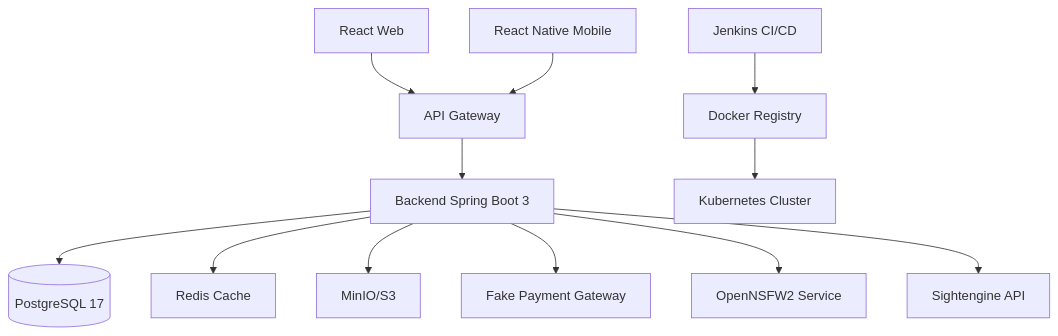
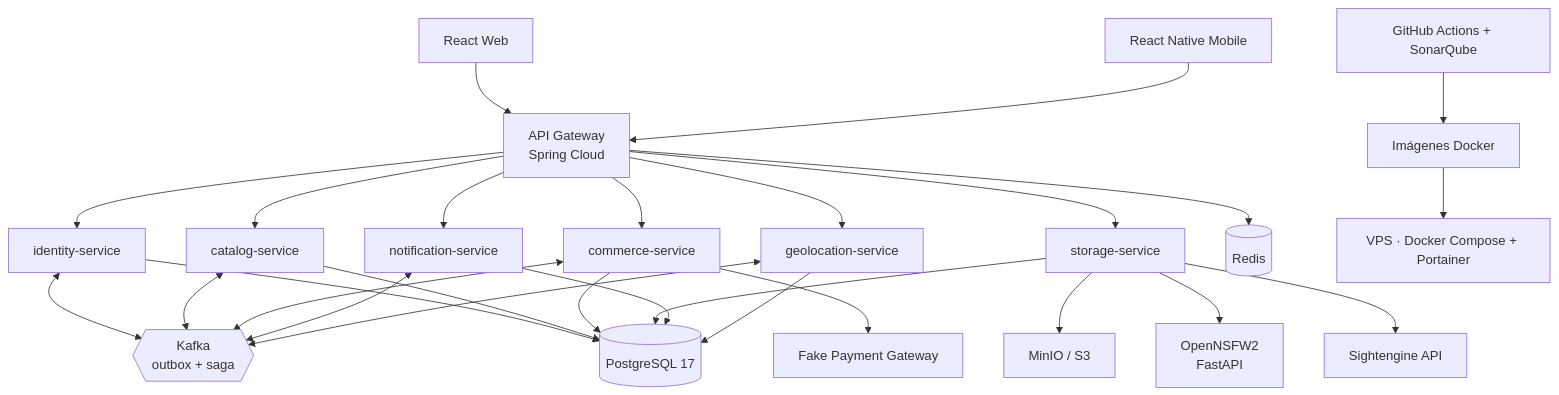
Before and after one commit to lozano2303/lozano2303: the diagram in README.md, drawn with Mermaid. The commit also changed other lines of this file and 1 other file, not shown here.

````diff
--- a/README.md
+++ b/README.md
@@ -147,14 +205,20 @@
 ```mermaid
 graph TB
-    A[React Web] --> D[API Gateway]
-    B[React Native Mobile] --> D
-    D --> E[Backend Spring Boot 3]
-    E --> F[(PostgreSQL 17)]
-    E --> G[Redis Cache]
-    E --> H[MinIO/S3]
-    E --> I[Fake Payment Gateway]
-    E --> J[OpenNSFW2 Service]
-    E --> K[Sightengine API]
-    L[Jenkins CI/CD] --> M[Docker Registry]
-    M --> N[Kubernetes Cluster]
+    A[React Web] --> GW[API Gateway<br/>Spring Cloud]
+    B[React Native Mobile] --> GW
+    GW --> ID[identity-service]
+    GW --> CAT[catalog-service]
+    GW --> COM[commerce-service]
+    GW --> ST[storage-service]
+    GW --> NO[notification-service]
+    GW --> GEO[geolocation-service]
+    ID & CAT & COM & NO & GEO <--> K{{Kafka<br/>outbox + saga}}
+    ID & CAT & COM & ST & NO & GEO --> PG[(PostgreSQL 17)]
+    GW --> R[(Redis)]
+    ST --> M[MinIO / S3]
+    ST --> NS[OpenNSFW2<br/>FastAPI]
+    ST --> SE[Sightengine API]
+    COM --> FPG[Fake Payment Gateway]
+    CI[GitHub Actions + SonarQube] --> IMG[Imágenes Docker]
+    IMG --> VPS[VPS · Docker Compose + Portainer]
 ```
````
